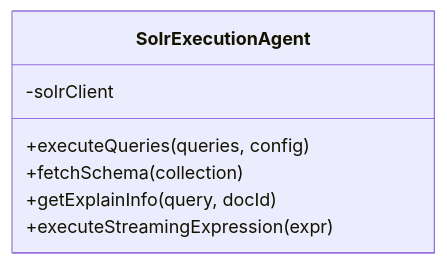
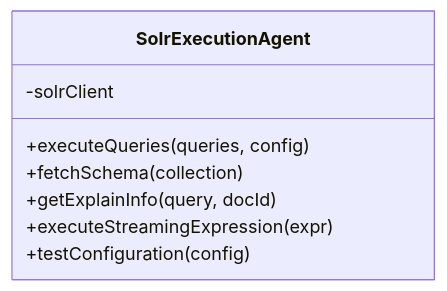
The fourth of 7 diagrams in ARCHITECTURE.md (sstults/solr-optimizer), drawn with Mermaid before and after one commit. The commit also changed other lines of this file and 12 other files, not shown here.

````diff
--- a/ARCHITECTURE.md
+++ b/ARCHITECTURE.md
@@ -137,10 +198,11 @@
 ```mermaid
 classDiagram
     class SolrExecutionAgent {
         +executeQueries(queries, config)
         +fetchSchema(collection)
         +getExplainInfo(query, docId)
         +executeStreamingExpression(expr)
+        +testConfiguration(config)
         -solrClient
     }
 ```
````
